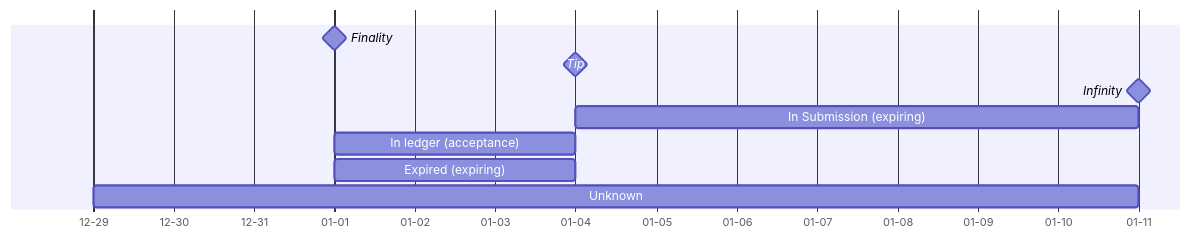
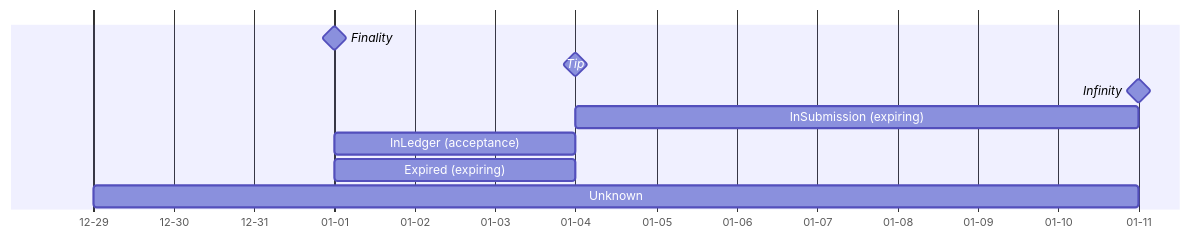
One commit to cardano-foundation/cardano-wallet changed the second of 2 diagrams in specifications/Cardano/Wallet/Submissions/design.md. Above: the diagram before and after it, drawn with Mermaid. The commit also changed other lines of this file, not shown here.

````diff
--- a/specifications/Cardano/Wallet/Submissions/design.md
+++ b/specifications/Cardano/Wallet/Submissions/design.md
@@ -110,12 +118,12 @@
 ```mermaid
 gantt
     
    axisFormat %m-%d
     Finality : milestone, f, 2022-01-01,0d
     Tip: milestone, t, 2022-01-04, 0d
     Infinity: milestone, t, 2022-01-11, 0d
-    In Submission (expiring)    :2022-01-04 , 7d
-    In ledger (acceptance)   :2022-01-01  , 3d
+    InSubmission (expiring)    :2022-01-04 , 7d
+    InLedger (acceptance)   :2022-01-01  , 3d
     Expired (expiring)    :2022-01-01 , 3d
     Unknown    :2021-12-29 , 13d
 ```
````
